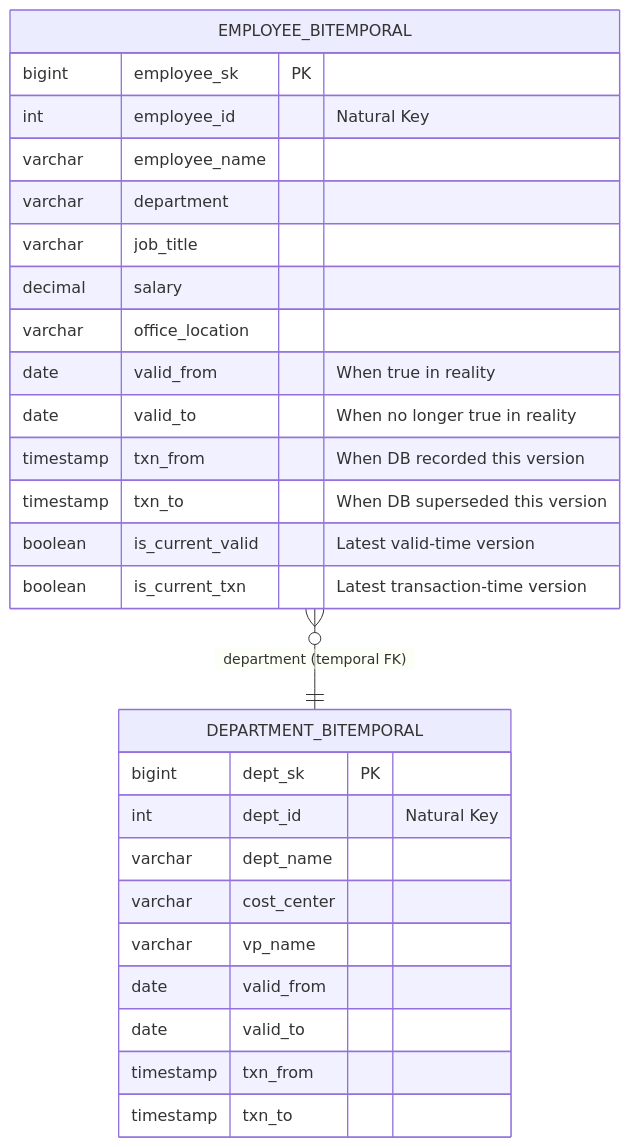
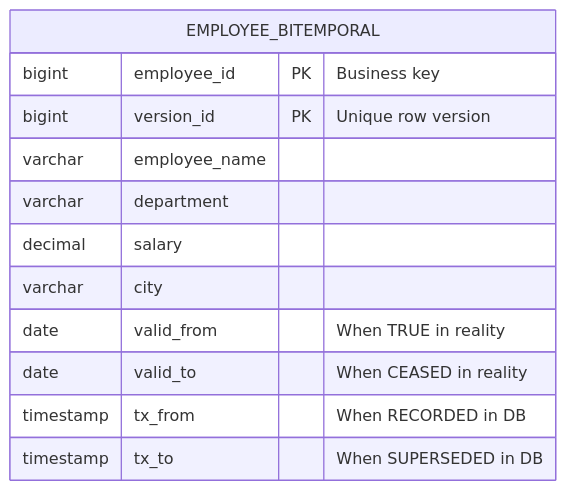
One commit to sivanagaraju/sparkantrigravity changed the first of 3 diagrams in PrincipleDataArchitect/01_Data_Modeling/04_Temporal_and_Bitemporal_Modeling/01_Valid_vs_Transaction_Time/02_How_It_Works.md. Above: the diagram before and after it, drawn with Mermaid. The commit also changed other lines of this file and 79 other files, not shown here.

Commit message:
feat: Add comprehensive learning modules covering data modeling principles, NoSQL, graph databases, normalization, and database system internals.

````diff
--- a/PrincipleDataArchitect/01_Data_Modeling/04_Temporal_and_Bitemporal_Modeling/01_Valid_vs_Transaction_Time/02_How_It_Works.md
+++ b/PrincipleDataArchitect/01_Data_Modeling/04_Temporal_and_Bitemporal_Modeling/01_Valid_vs_Transaction_Time/02_How_It_Works.md
@@ -50,32 +9,15 @@
 ```mermaid
 erDiagram
     EMPLOYEE_BITEMPORAL {
-        bigint employee_sk PK
-        int employee_id "Natural Key"
+        bigint employee_id PK "Business key"
+        bigint version_id PK "Unique row version"
         varchar employee_name
         varchar department
-        varchar job_title
         decimal salary
-        varchar office_location
-        date valid_from "When true in reality"
-        date valid_to "When no longer true in reality"
-        timestamp txn_from "When DB recorded this version"
-        timestamp txn_to "When DB superseded this version"
-        boolean is_current_valid "Latest valid-time version"
-        boolean is_current_txn "Latest transaction-time version"
+        varchar city
+        date valid_from "When TRUE in reality"
+        date valid_to "When CEASED in reality"
+        timestamp tx_from "When RECORDED in DB"
+        timestamp tx_to "When SUPERSEDED in DB"
     }
-    
-    DEPARTMENT_BITEMPORAL {
-        bigint dept_sk PK
-        int dept_id "Natural Key"
-        varchar dept_name
-        varchar cost_center
-        varchar vp_name
-        date valid_from
-        date valid_to
-        timestamp txn_from
-        timestamp txn_to
-    }
-    
-    EMPLOYEE_BITEMPORAL }o--|| DEPARTMENT_BITEMPORAL : "department (temporal FK)"
 ```
````
